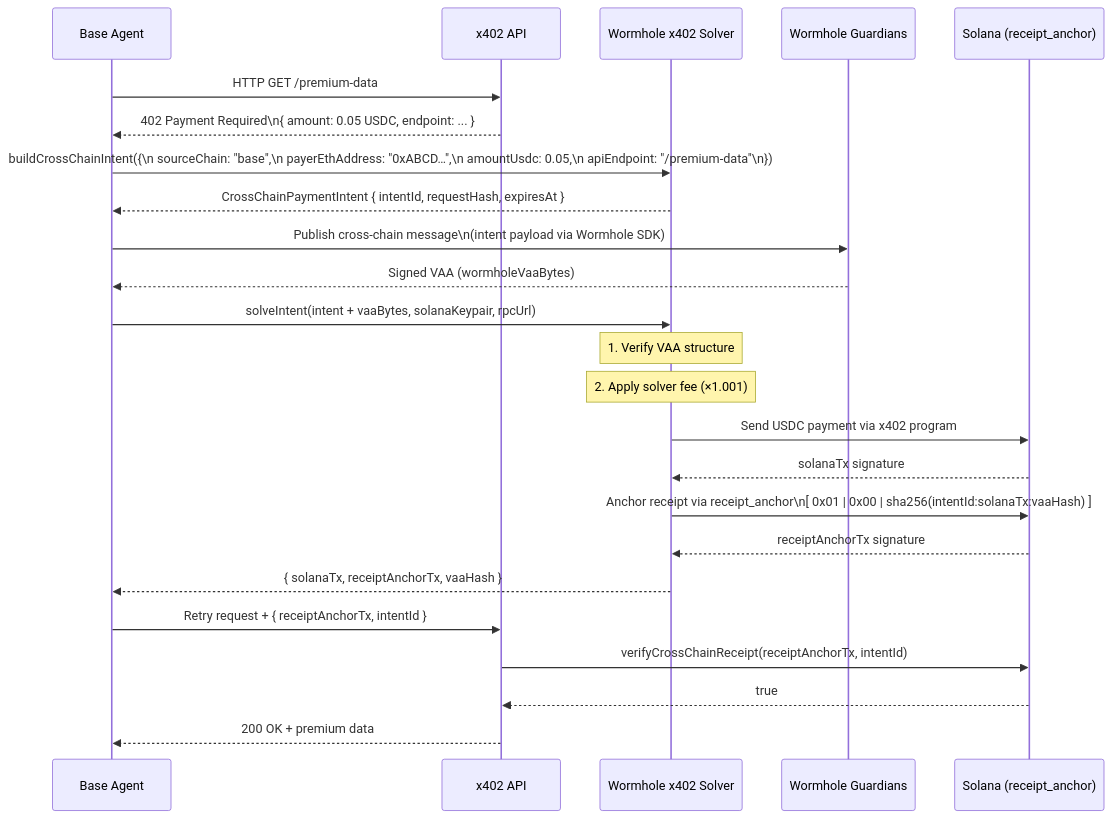
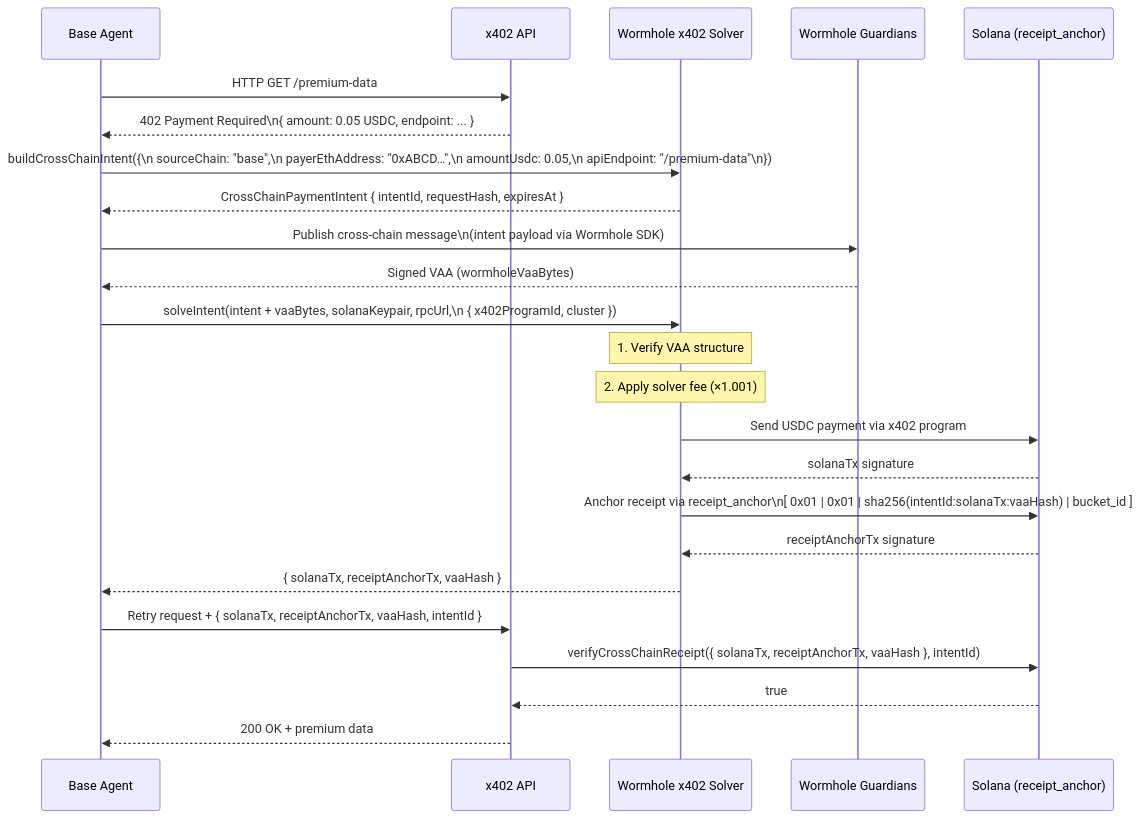
One commit to Parad0x-Labs/dna-x402 changed the diagram in docs/WORMHOLE_X402_SOLVER.md. Above: the diagram before and after it, drawn with Mermaid. The commit also changed other lines of this file and 3 other files, not shown here.

````diff
--- a/docs/WORMHOLE_X402_SOLVER.md
+++ b/docs/WORMHOLE_X402_SOLVER.md
@@ -21,34 +21,34 @@
 ```mermaid
 sequenceDiagram
     participant Agent as Base Agent
     participant API as x402 API
     participant Solver as Wormhole x402 Solver
     participant Wormhole as Wormhole Guardians
     participant Solana as Solana (receipt_anchor)
 
     Agent->>API: HTTP GET /premium-data
     API-->>Agent: 402 Payment Required\n{ amount: 0.05 USDC, endpoint: ... }
 
     Agent->>Solver: buildCrossChainIntent({\n  sourceChain: "base",\n  payerEthAddress: "0xABCD…",\n  amountUsdc: 0.05,\n  apiEndpoint: "/premium-data"\n})
     Solver-->>Agent: CrossChainPaymentIntent { intentId, requestHash, expiresAt }
 
     Agent->>Wormhole: Publish cross-chain message\n(intent payload via Wormhole SDK)
     Wormhole-->>Agent: Signed VAA (wormholeVaaBytes)
 
-    Agent->>Solver: solveIntent(intent + vaaBytes, solanaKeypair, rpcUrl)
+    Agent->>Solver: solveIntent(intent + vaaBytes, solanaKeypair, rpcUrl,\n  { x402ProgramId, cluster })
 
     Note over Solver: 1. Verify VAA structure
     Note over Solver: 2. Apply solver fee (×1.001)
     Solver->>Solana: Send USDC payment via x402 program
     Solana-->>Solver: solanaTx signature
 
-    Solver->>Solana: Anchor receipt via receipt_anchor\n[ 0x01 | 0x00 | sha256(intentId:solanaTx:vaaHash) ]
+    Solver->>Solana: Anchor receipt via receipt_anchor\n[ 0x01 | 0x01 | sha256(intentId:solanaTx:vaaHash) | bucket_id ]
     Solana-->>Solver: receiptAnchorTx signature
 
     Solver-->>Agent: { solanaTx, receiptAnchorTx, vaaHash }
 
-    Agent->>API: Retry request + { receiptAnchorTx, intentId }
-    API->>Solana: verifyCrossChainReceipt(receiptAnchorTx, intentId)
+    Agent->>API: Retry request + { solanaTx, receiptAnchorTx, vaaHash, intentId }
+    API->>Solana: verifyCrossChainReceipt({ solanaTx, receiptAnchorTx, vaaHash }, intentId)
     Solana-->>API: true
     API-->>Agent: 200 OK + premium data
 ```
````
